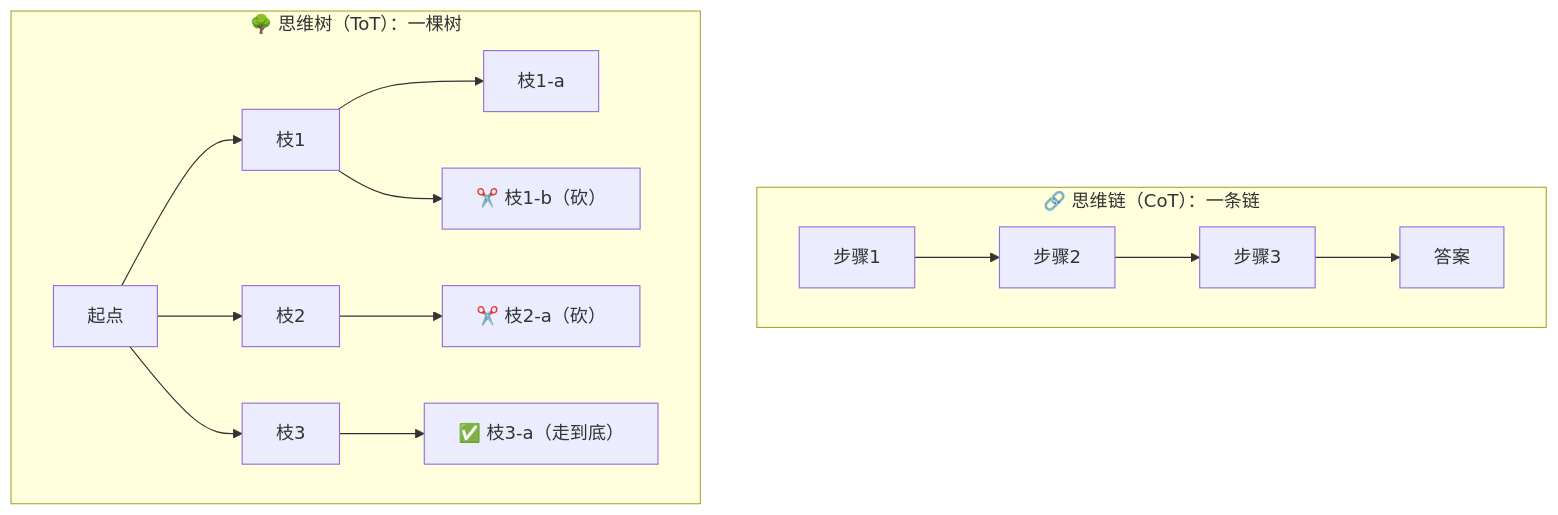
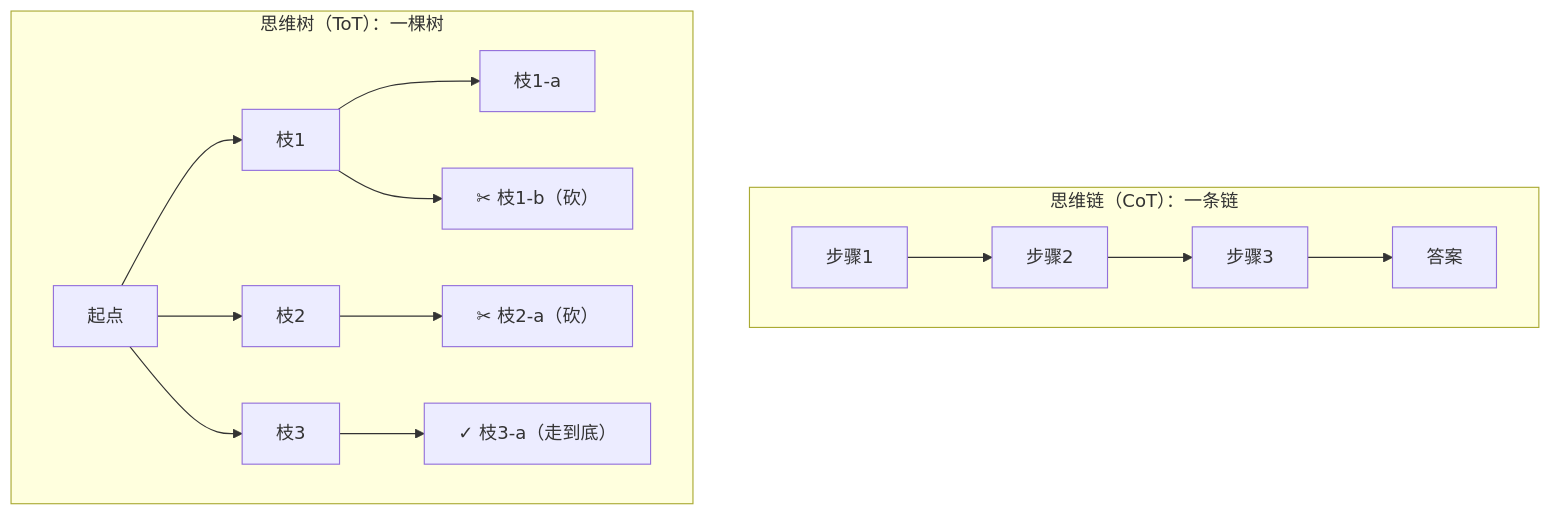
The fourth of 6 diagrams in docs/02_CONCEPTS_概念入门/CONCEPT/[CONCEPT-24] 什么是思维树-TreeOfThoughts.md (luckykhy/KhyAiHub), drawn with Mermaid before and after one commit. The commit also changed other lines of this file, not shown here.

````diff
--- a/docs/02_CONCEPTS_概念入门/CONCEPT/[CONCEPT-24] 什么是思维树-TreeOfThoughts.md
+++ b/docs/02_CONCEPTS_概念入门/CONCEPT/[CONCEPT-24] 什么是思维树-TreeOfThoughts.md
@@ -137,15 +137,15 @@
 ```mermaid
 flowchart TB
-  subgraph CoT["🔗 思维链（CoT）：一条链"]
+  subgraph CoT["思维链（CoT）：一条链"]
     L1["步骤1"] --> L2["步骤2"] --> L3["步骤3"] --> L4["答案"]
   end
-  subgraph ToT["🌳 思维树（ToT）：一棵树"]
+  subgraph ToT["思维树（ToT）：一棵树"]
     R["起点"] --> R1["枝1"]
     R --> R2["枝2"]
     R --> R3["枝3"]
     R1 --> R1a["枝1-a"]
-    R1 --> R1b["✂️ 枝1-b（砍）"]
-    R2 --> R2a["✂️ 枝2-a（砍）"]
-    R3 --> R3a["✅ 枝3-a（走到底）"]
+    R1 --> R1b["✂ 枝1-b（砍）"]
+    R2 --> R2a["✂ 枝2-a（砍）"]
+    R3 --> R3a["✓ 枝3-a（走到底）"]
   end
 ```
````
